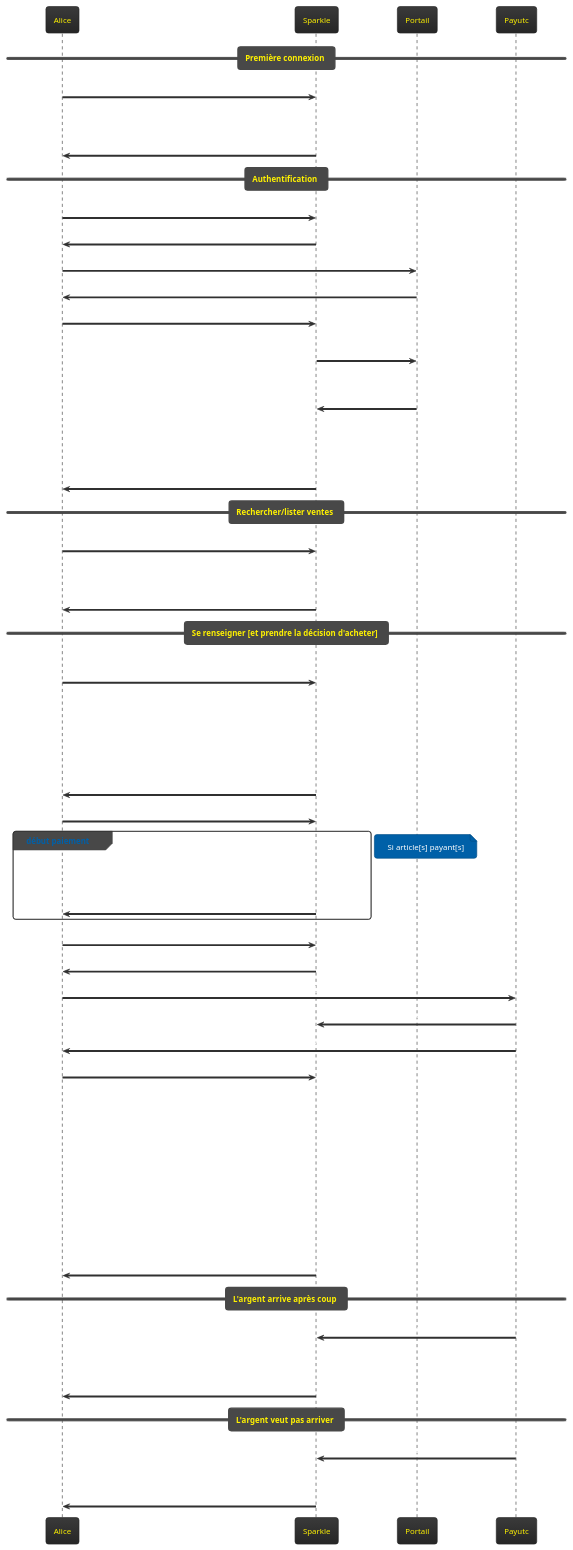
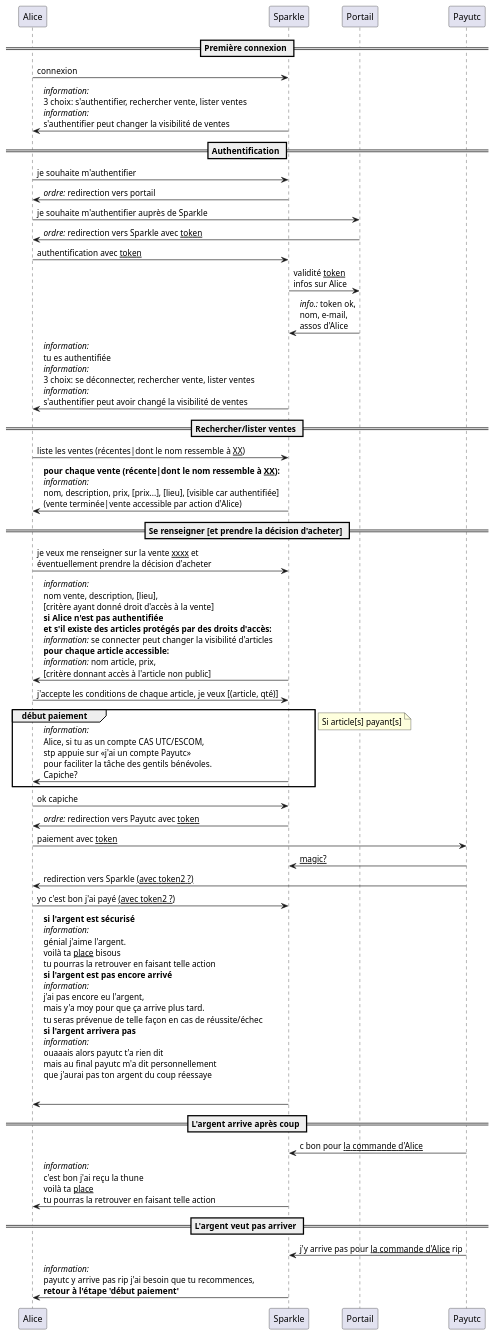
Before and after one commit to SiMDE-Projects/sparkle: the diagram in doc-assets/sequence.plantuml, drawn with PlantUML.

Commit message:
tej le thème

```diff
--- a/doc-assets/sequence.plantuml
+++ b/doc-assets/sequence.plantuml
@@ -1,48 +1,47 @@
 @startuml
-!theme black-knight
 
 == Première connexion ==
 Alice -> Sparkle : connexion
 Sparkle -> Alice : //information://\n3 choix: s'authentifier, rechercher vente, lister ventes\n//information://\ns'authentifier peut changer la visibilité de ventes
 
 == Authentification ==
 Alice -> Sparkle : je souhaite m'authentifier
 Sparkle -> Alice : //ordre:// redirection vers portail
 Alice -> Portail : je souhaite m'authentifier auprès de Sparkle
 Portail -> Alice : //ordre:// redirection vers Sparkle avec __token__
 Alice -> Sparkle : authentification avec __token__
 Sparkle -> Portail : validité __token__\ninfos sur Alice
 Portail -> Sparkle : //info.:// token ok,\nnom, e-mail,\nassos d'Alice
 Sparkle -> Alice : //information://\ntu es authentifiée\n//information://\n3 choix: se déconnecter, rechercher vente, lister ventes\n//information://\ns'authentifier peut avoir changé la visibilité de ventes
 
 == Rechercher/lister ventes ==
 Alice -> Sparkle : liste les ventes (récentes|dont le nom ressemble à __XX__)
 Sparkle -> Alice : **pour chaque vente (récente|dont le nom ressemble à __XX__):**\n//information://\nnom, description, prix, [prix...], [lieu], [visible car authentifiée]\n(vente terminée|vente accessible par action d'Alice)
 
 == Se renseigner [et prendre la décision d'acheter] ==
 Alice -> Sparkle : je veux me renseigner sur la vente __xxxx__ et\néventuellement prendre la décision d'acheter
 Sparkle -> Alice : //information://\nnom vente, description, [lieu],\n[critère ayant donné droit d'accès à la vente]\n**si Alice n'est pas authentifiée**\n**et s'il existe des articles protégés par des droits d'accès:**\n//information:// se connecter peut changer la visibilité d'articles\n**pour chaque article accessible:**\n//information:// nom article, prix,\n[critère donnant accès à l'article non public]
 Alice -> Sparkle : j'accepte les conditions de chaque article, je veux [(article, qté)]
 group début paiement
 Sparkle -> Alice : //information://\nAlice, si tu as un compte CAS UTC/ESCOM,\nstp appuie sur «j'ai un compte Payutc»\npour faciliter la tâche des gentils bénévoles.\nCapiche?
 end
 note right
   Si article[s] payant[s]
 end note
 Alice -> Sparkle : ok capiche
 Sparkle -> Alice : //ordre:// redirection vers Payutc avec __token__
 Alice -> Payutc : paiement avec __token__
 Payutc -> Sparkle : ~~magic?~~
 Payutc -> Alice : redirection vers Sparkle ~~(avec token2 ?)~~
 Alice -> Sparkle : yo c'est bon j'ai payé ~~(avec token2 ?)~~
 Sparkle -> Alice : **si l'argent est sécurisé**\n//information://\ngénial j'aime l'argent.\nvoilà ta __place__ bisous\ntu pourras la retrouver en faisant telle action\n**si l'argent est pas encore arrivé**\n//information://\nj'ai pas encore eu l'argent,\nmais y'a moy pour que ça arrive plus tard.\ntu seras prévenue de telle façon en cas de réussite/échec\n**si l'argent arrivera pas**\n//information://\nouaaais alors payutc t'a rien dit\nmais au final payutc m'a dit personnellement\nque j'aurai pas ton argent du coup réessaye\n\n
 
 == L'argent arrive après coup ==
 Payutc -> Sparkle : c bon pour __la commande d'Alice__
 Sparkle -> Alice : //information://\nc'est bon j'ai reçu la thune\nvoilà ta __place__\ntu pourras la retrouver en faisant telle action
 
 == L'argent veut pas arriver ==
 Payutc -> Sparkle : j'y arrive pas pour __la commande d'Alice__ rip
 Sparkle -> Alice : //information://\npayutc y arrive pas rip j'ai besoin que tu recommences,\n**retour à l'étape 'début paiement'**
 
 @enduml
```
